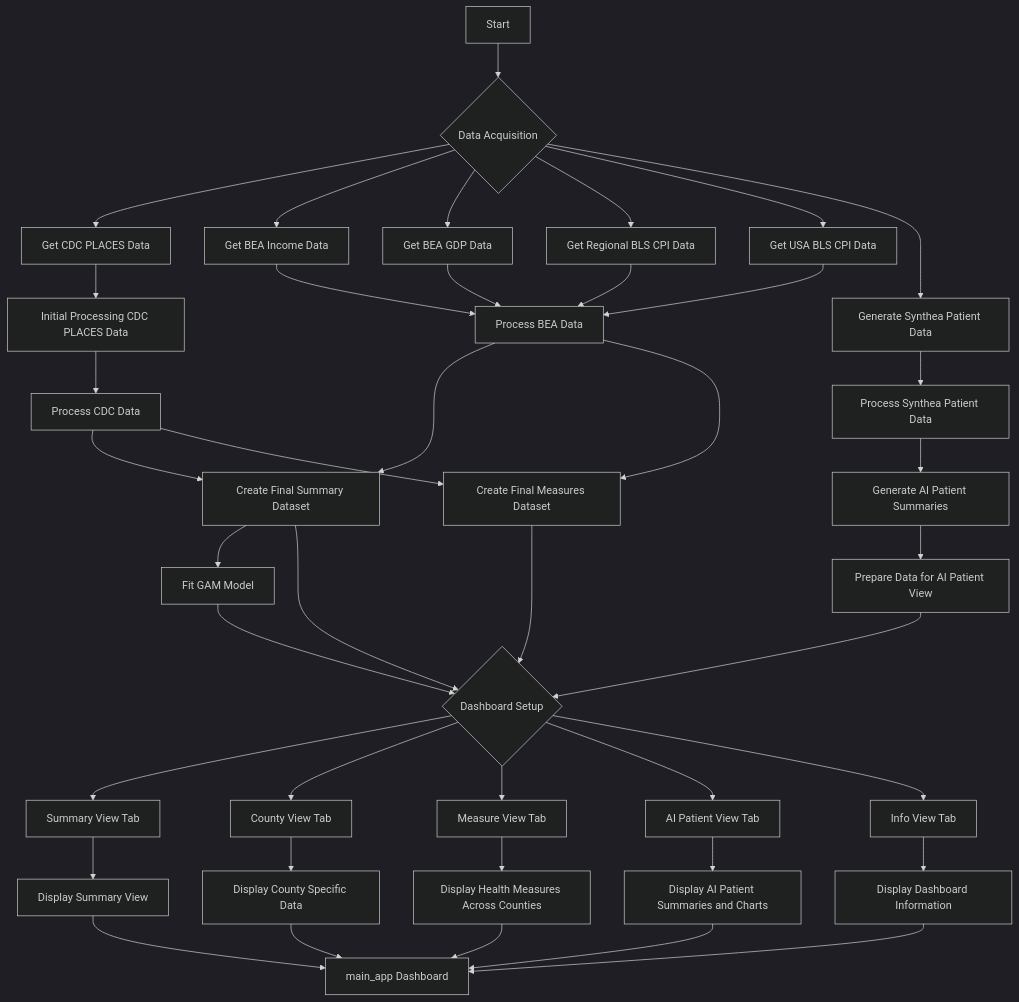
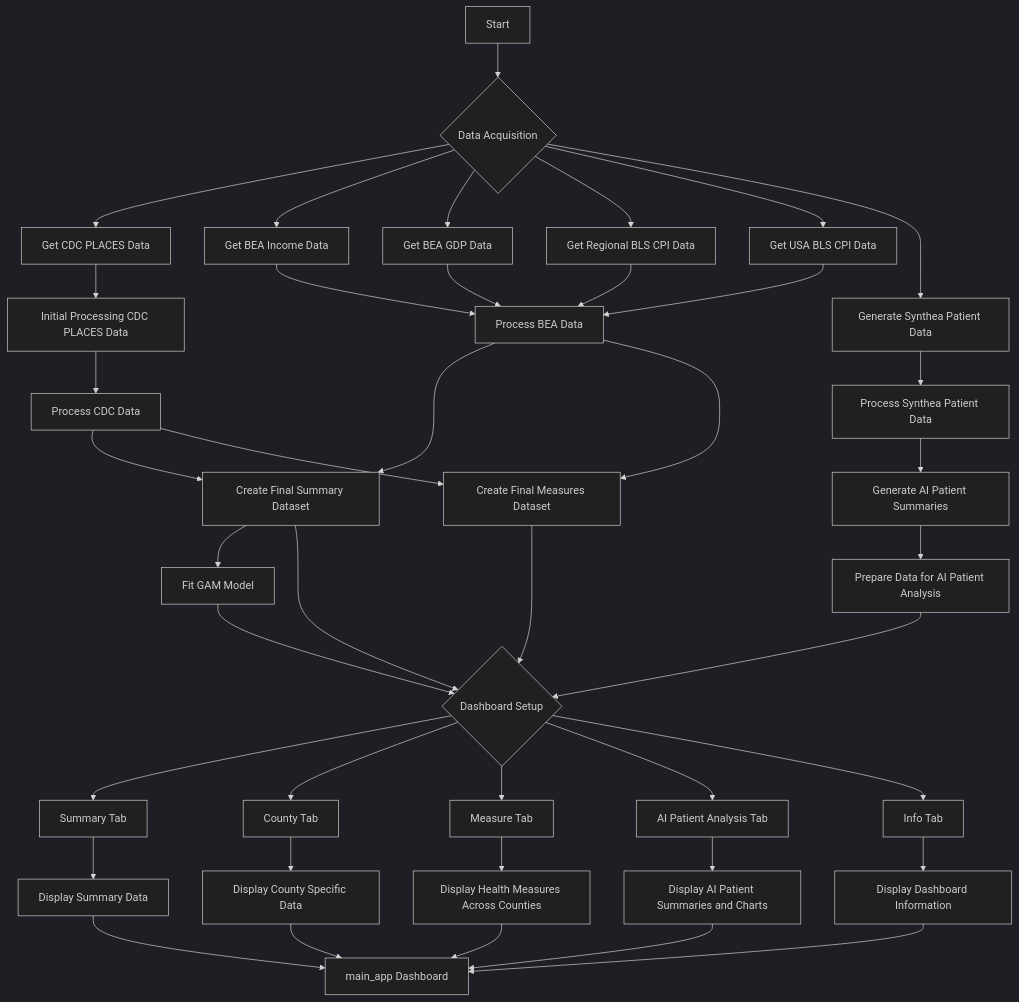
One commit to SloughJE/UnHealth_Dashboard changed the diagram in README.md. Above: the diagram before and after it, drawn with Mermaid (dark theme). The commit also changed other lines of this file, not shown here.

Commit message:
naming of tabs

````diff
--- a/README.md
+++ b/README.md
@@ -73,44 +73,44 @@
 ```mermaid
 graph TD
     A[Start] --> B{Data Acquisition}
     B --> C[Get CDC PLACES Data]
     B --> D[Get BEA Income Data]
     B --> E[Get BEA GDP Data]
     B --> F[Get Regional BLS CPI Data]
     B --> G[Get USA BLS CPI Data]
     B --> H[Generate Synthea Patient Data]
     C --> I[Initial Processing CDC PLACES Data]
     I --> J[Process CDC Data]
     D --> K[Process BEA Data]
     E --> K
     F --> K
     G --> K
     H --> L[Process Synthea Patient Data]
     J --> M[Create Final Summary Dataset]
     J --> N[Create Final Measures Dataset]
     K --> M
     K --> N
     L --> O[Generate AI Patient Summaries]
-    O --> P[Prepare Data for AI Patient View]
+    O --> P[Prepare Data for AI Patient Analysis]
     M --> Q[Fit GAM Model]
     M --> R{Dashboard Setup}
     N --> R
     Q --> R
     P --> R
-    R --> S[Summary View Tab]
-    R --> T[County View Tab]
-    R --> U[Measure View Tab]
-    R --> V[AI Patient View Tab]
-    R --> W[Info View Tab]
-    S --> X[Display Summary View]
+    R --> S[Summary Tab]
+    R --> T[County Tab]
+    R --> U[Measure Tab]
+    R --> V[AI Patient Analysis Tab]
+    R --> W[Info Tab]
+    S --> X[Display Summary Data]
     T --> Y[Display County Specific Data]
     U --> Z[Display Health Measures Across Counties]
     V --> AA[Display AI Patient Summaries and Charts]
     W --> AB[Display Dashboard Information]
     X --> AC[main_app Dashboard]
     Y --> AC
     Z --> AC
     AA --> AC
     AB --> AC
 
 ```
````
